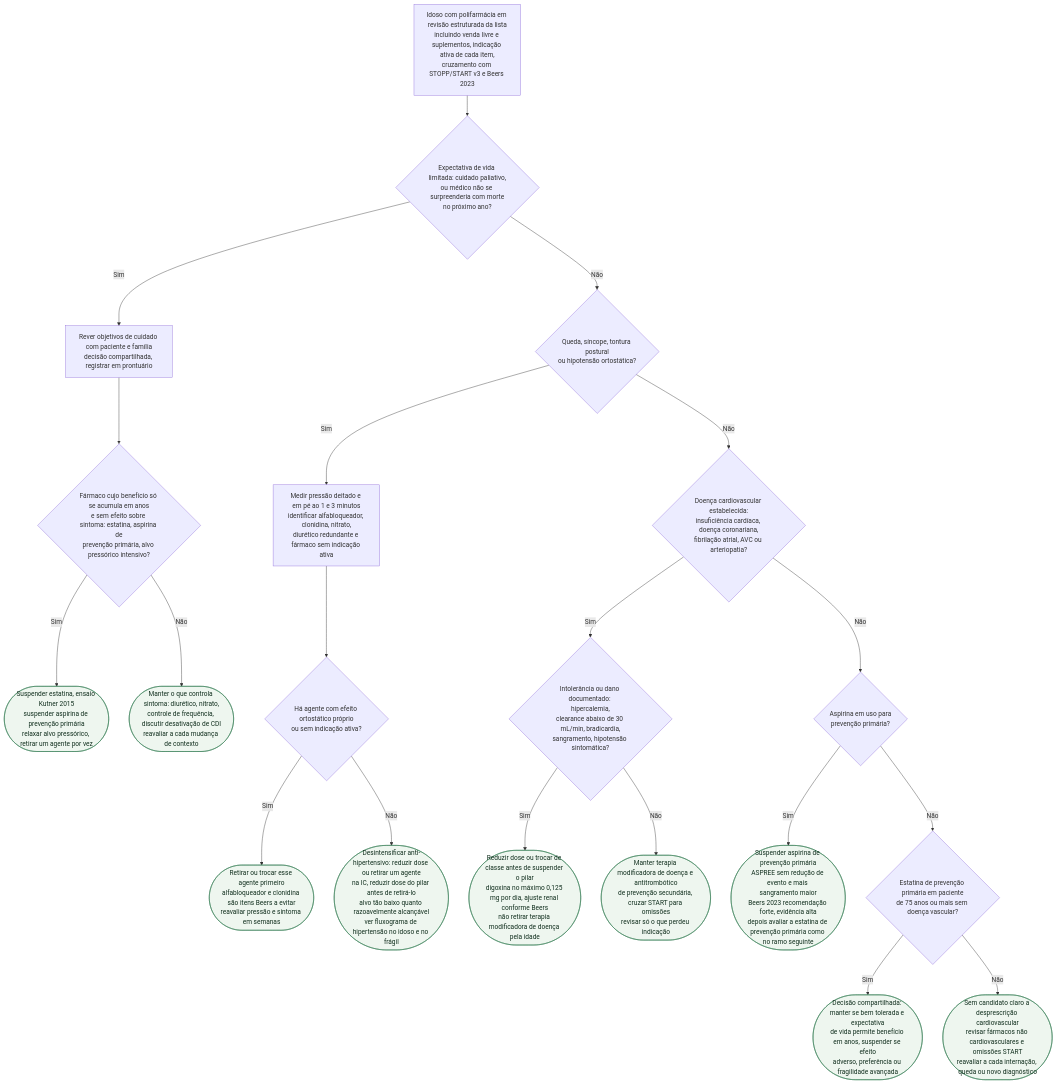
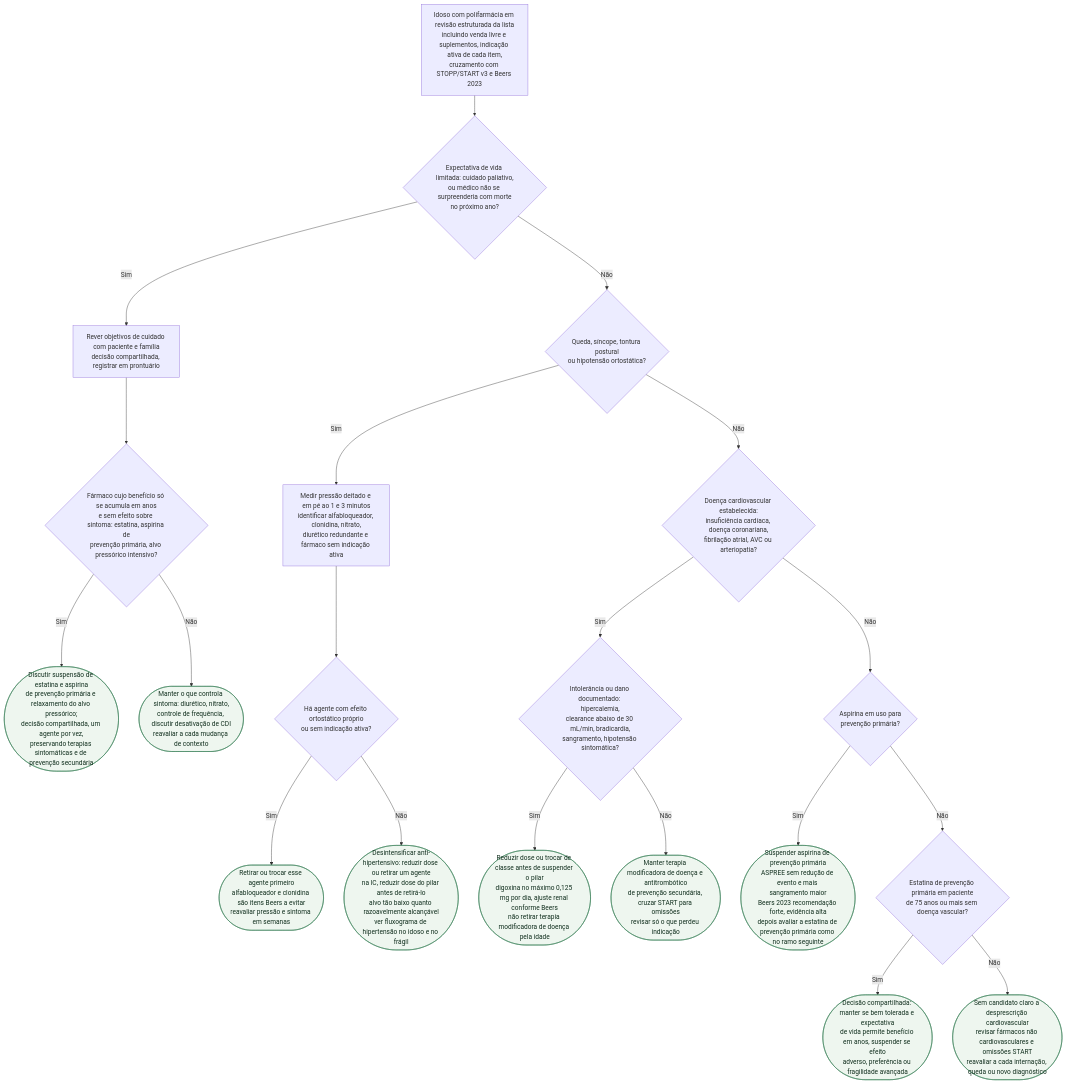
One commit to rafaelpaesmeirelles/MeuCardio changed the diagram in content/Cardiologia_geriátrica/fluxograma-desprescricao-cardiovascular-no-idoso-polifarmacia-e-fim-de-vida.md. Above: the diagram before and after it, drawn with Mermaid. The commit also changed other lines of this file and 24 other files, not shown here.

````diff
--- a/content/Cardiologia_geriátrica/fluxograma-desprescricao-cardiovascular-no-idoso-polifarmacia-e-fim-de-vida.md
+++ b/content/Cardiologia_geriátrica/fluxograma-desprescricao-cardiovascular-no-idoso-polifarmacia-e-fim-de-vida.md
@@ -23,29 +23,29 @@
 ```mermaid
 flowchart TD
   R0["Idoso com polifarmácia em revisão estruturada da lista<br/>incluindo venda livre e suplementos, indicação ativa de cada item,<br/>cruzamento com STOPP/START v3 e Beers 2023"] --> D1{"Expectativa de vida limitada: cuidado paliativo,<br/>ou médico não se surpreenderia com morte<br/>no próximo ano?"}
 
   D1 -->|"Sim"| P1["Rever objetivos de cuidado com paciente e família<br/>decisão compartilhada, registrar em prontuário"]
   P1 --> D2{"Fármaco cujo benefício só se acumula em anos<br/>e sem efeito sobre sintoma: estatina, aspirina de<br/>prevenção primária, alvo pressórico intensivo?"}
-  D2 -->|"Sim"| C1(["Suspender estatina, ensaio Kutner 2015<br/>suspender aspirina de prevenção primária<br/>relaxar alvo pressórico, retirar um agente por vez"])
+  D2 -->|"Sim"| C1(["Discutir suspensão de estatina e aspirina<br/>de prevenção primária e relaxamento do alvo pressórico;<br/>decisão compartilhada, um agente por vez,<br/>preservando terapias sintomáticas e de prevenção secundária"])
   D2 -->|"Não"| C2(["Manter o que controla sintoma: diurético, nitrato,<br/>controle de frequência, discutir desativação de CDI<br/>reavaliar a cada mudança de contexto"])
 
   D1 -->|"Não"| D3{"Queda, síncope, tontura postural<br/>ou hipotensão ortostática?"}
   D3 -->|"Sim"| P2["Medir pressão deitado e em pé ao 1 e 3 minutos<br/>identificar alfabloqueador, clonidina, nitrato,<br/>diurético redundante e fármaco sem indicação ativa"]
   P2 --> D4{"Há agente com efeito ortostático próprio<br/>ou sem indicação ativa?"}
   D4 -->|"Sim"| C3(["Retirar ou trocar esse agente primeiro<br/>alfabloqueador e clonidina são itens Beers a evitar<br/>reavaliar pressão e sintoma em semanas"])
   D4 -->|"Não"| C4(["Desintensificar anti-hipertensivo: reduzir dose ou retirar um agente<br/>na IC, reduzir dose do pilar antes de retirá-lo<br/>alvo tão baixo quanto razoavelmente alcançável<br/>ver fluxograma de hipertensão no idoso e no frágil"])
 
   D3 -->|"Não"| D5{"Doença cardiovascular estabelecida:<br/>insuficiência cardíaca, doença coronariana,<br/>fibrilação atrial, AVC ou arteriopatia?"}
   D5 -->|"Sim"| D6{"Intolerância ou dano documentado: hipercalemia,<br/>clearance abaixo de 30 mL/min, bradicardia,<br/>sangramento, hipotensão sintomática?"}
   D6 -->|"Sim"| C5(["Reduzir dose ou trocar de classe antes de suspender o pilar<br/>digoxina no máximo 0,125 mg por dia, ajuste renal conforme Beers<br/>não retirar terapia modificadora de doença pela idade"])
   D6 -->|"Não"| C6(["Manter terapia modificadora de doença e antitrombótico<br/>de prevenção secundária, cruzar START para omissões<br/>revisar só o que perdeu indicação"])
 
   D5 -->|"Não"| D7{"Aspirina em uso para<br/>prevenção primária?"}
   D7 -->|"Sim"| C7(["Suspender aspirina de prevenção primária<br/>ASPREE sem redução de evento e mais sangramento maior<br/>Beers 2023 recomendação forte, evidência alta<br/>depois avaliar a estatina de prevenção primária como no ramo seguinte"])
   D7 -->|"Não"| D8{"Estatina de prevenção primária em paciente<br/>de 75 anos ou mais sem doença vascular?"}
   D8 -->|"Sim"| C8(["Decisão compartilhada: manter se bem tolerada e expectativa<br/>de vida permite benefício em anos, suspender se efeito<br/>adverso, preferência ou fragilidade avançada"])
   D8 -->|"Não"| C9(["Sem candidato claro a desprescrição cardiovascular<br/>revisar fármacos não cardiovasculares e omissões START<br/>reavaliar a cada internação, queda ou novo diagnóstico"])
 
   classDef conduta fill:#eef6ef,stroke:#2f7a4f,color:#12301f;
   class C1,C2,C3,C4,C5,C6,C7,C8,C9 conduta;
 ```
````
